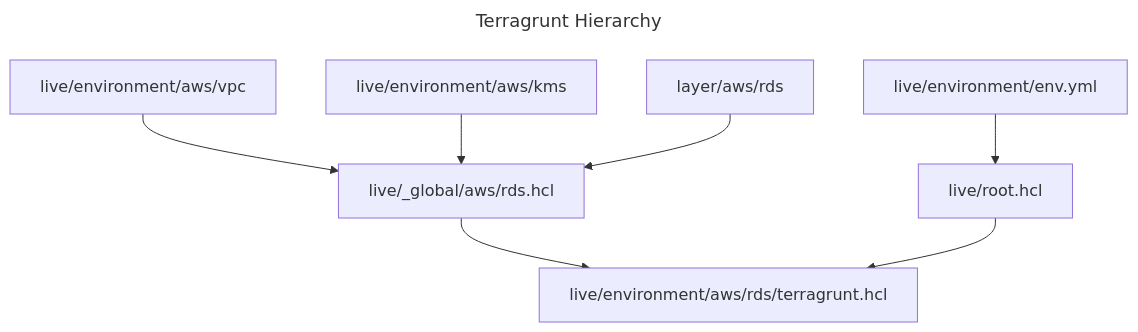
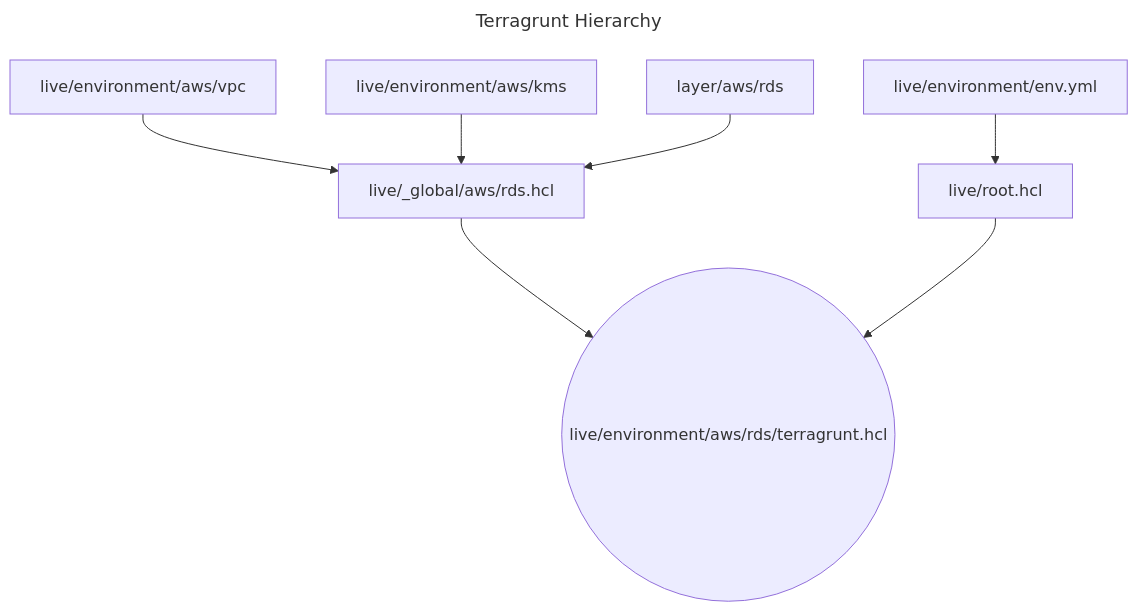
One commit to tkreque/poc changed the diagram in poc-terragrunt/README.md. Above: the diagram before and after it, drawn with Mermaid.

Commit message:
Improved the solution to avoid repetition on the Terragrunt configuration (Fixed README)

````diff
--- a/poc-terragrunt/README.md
+++ b/poc-terragrunt/README.md
@@ -75,14 +75,14 @@
 ```mermaid
 ---
 title: Terragrunt Hierarchy
 config:
   maxEdges: 600
 ---
 graph TD;
-  B["live/_global/aws/rds.hcl"] --> A["live/environment/aws/rds/terragrunt.hcl"];
+  B["live/_global/aws/rds.hcl"] --> A(("live/environment/aws/rds/terragrunt.hcl"));
   C["live/root.hcl"] --> A;
   D["live/environment/aws/vpc"] --> B;
   E["live/environment/aws/kms"] --> B;
   F["layer/aws/rds"] --> B;
   G["live/environment/env.yml"] --> C;
 ```
````
